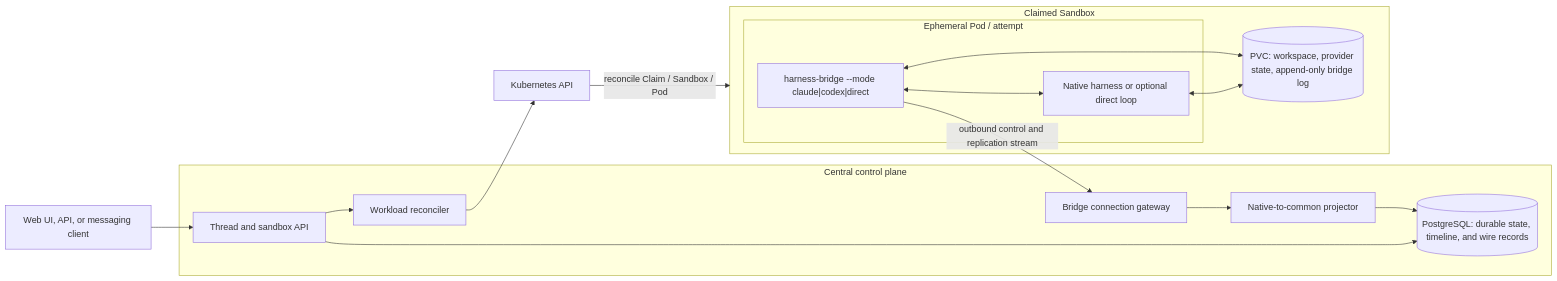
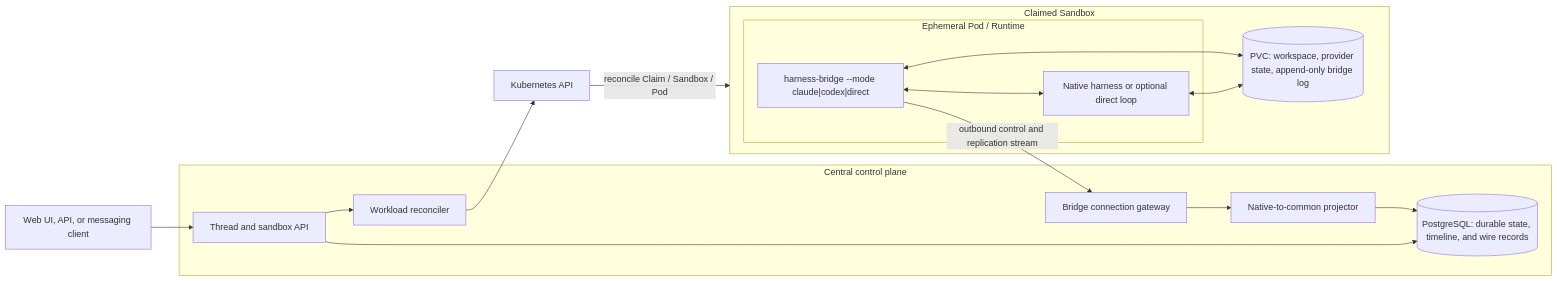
Before and after one commit to agentydragon-agent/ducktape: the first of 3 diagrams in docs/harness_control_plane/architecture.md, drawn with Mermaid. The commit also changed other lines of this file and 6 other files, not shown here.

````diff
--- a/docs/harness_control_plane/architecture.md
+++ b/docs/harness_control_plane/architecture.md
@@ -291,33 +319,33 @@
 ```mermaid
 flowchart LR
     Client["Web UI, API, or messaging client"] --> API
 
     subgraph ControlPlane["Central control plane"]
         API["Thread and sandbox API"]
         Reconciler["Workload reconciler"]
         Gateway["Bridge connection gateway"]
         Projector["Native-to-common projector"]
         DB[("PostgreSQL: durable state, timeline, and wire records")]
 
         API --> DB
         API --> Reconciler
         Gateway --> Projector
         Projector --> DB
     end
 
     Reconciler --> Kube["Kubernetes API"]
 
     subgraph Sandbox["Claimed Sandbox"]
-        subgraph Pod["Ephemeral Pod / attempt"]
+        subgraph Pod["Ephemeral Pod / Runtime"]
             Bridge["harness-bridge --mode claude|codex|direct"]
             Harness["Native harness or optional direct loop"]
             Bridge <--> Harness
         end
         Workspace[("PVC: workspace, provider state, append-only bridge log")]
         Harness <--> Workspace
         Bridge <--> Workspace
     end
 
     Kube -- "reconcile Claim / Sandbox / Pod" --> Sandbox
     Bridge -- "outbound control and replication stream" --> Gateway
 ```
````
